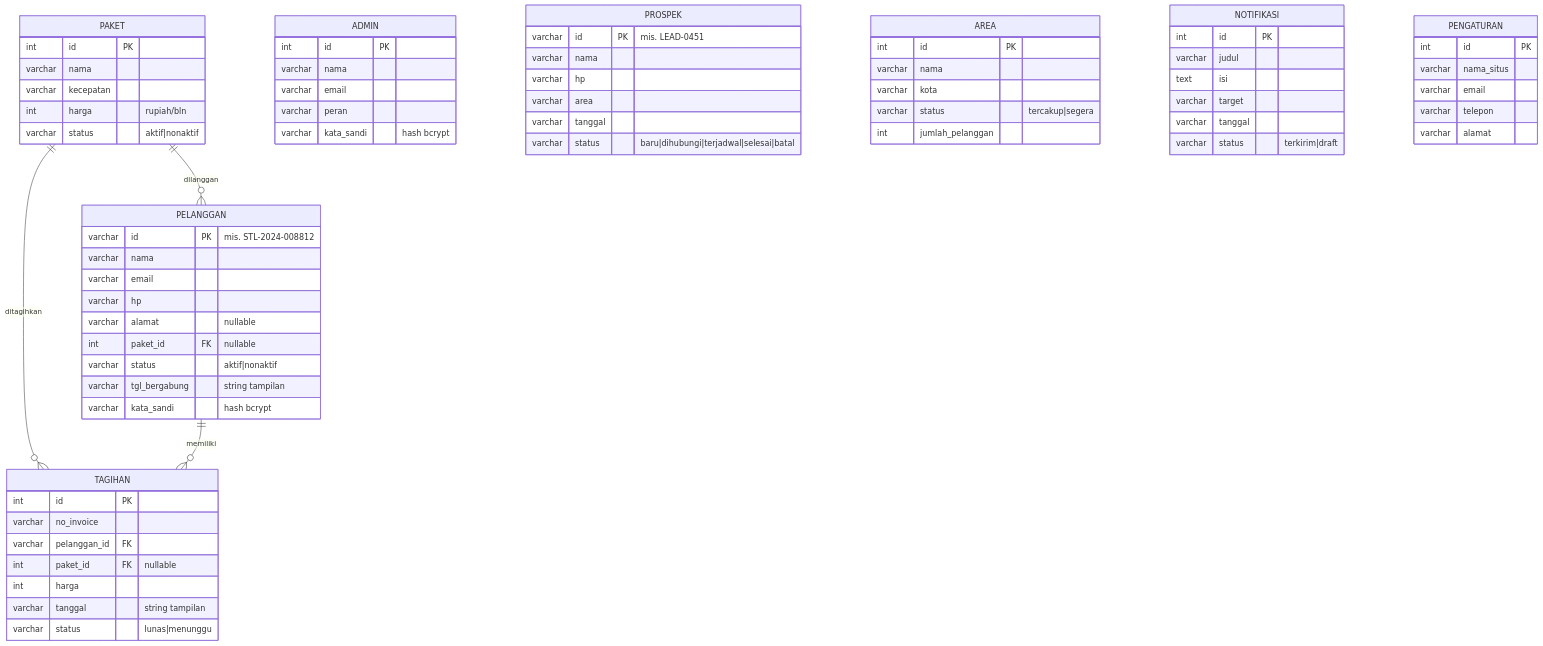
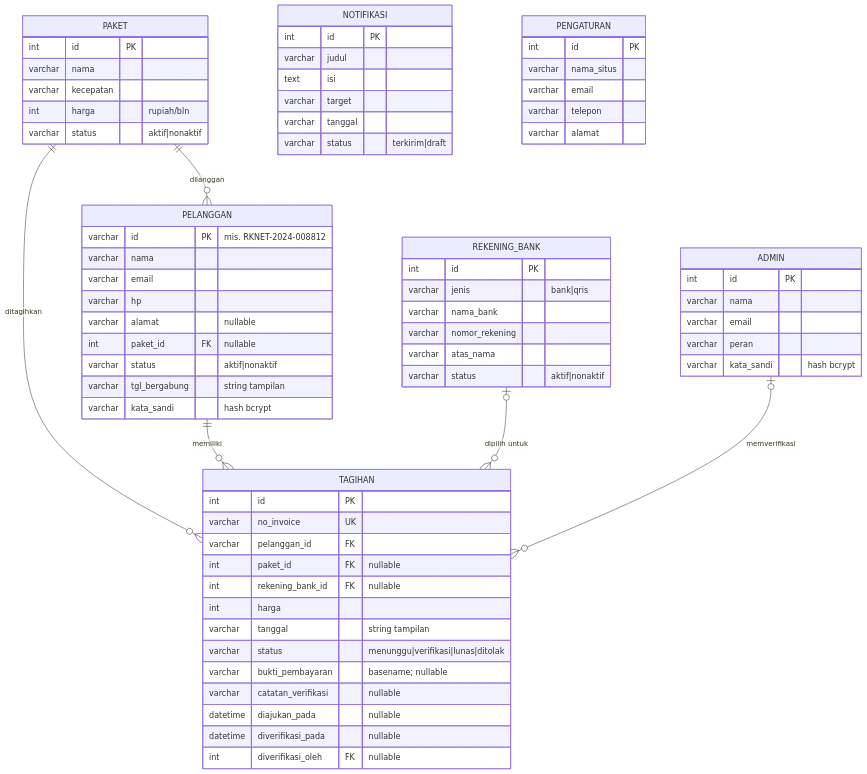
Before and after one commit to mramdann/rknet: the second of 7 diagrams in docs/DOKUMENTASI.md, drawn with Mermaid. The commit also changed other lines of this file and 60 other files, not shown here.

Commit message:
feat: finalize RKnet portal and payment flow

````diff
--- a/docs/DOKUMENTASI.md
+++ b/docs/DOKUMENTASI.md
@@ -108,71 +113,72 @@
 ```mermaid
 erDiagram
     PAKET ||--o{ PELANGGAN : "dilanggan"
     PAKET ||--o{ TAGIHAN   : "ditagihkan"
     PELANGGAN ||--o{ TAGIHAN : "memiliki"
+    REKENING_BANK o|--o{ TAGIHAN : "dipilih untuk"
+    ADMIN o|--o{ TAGIHAN : "memverifikasi"
 
     ADMIN {
         int id PK
         varchar nama
         varchar email
         varchar peran
         varchar kata_sandi "hash bcrypt"
+    }
+    REKENING_BANK {
+        int id PK
+        varchar jenis "bank|qris"
+        varchar nama_bank
+        varchar nomor_rekening
+        varchar atas_nama
+        varchar status "aktif|nonaktif"
     }
     PAKET {
         int id PK
         varchar nama
         varchar kecepatan
         int harga "rupiah/bln"
         varchar status "aktif|nonaktif"
     }
     PELANGGAN {
-        varchar id PK "mis. STL-2024-008812"
+        varchar id PK "mis. RKNET-2024-008812"
         varchar nama
         varchar email
         varchar hp
         varchar alamat "nullable"
         int paket_id FK "nullable"
         varchar status "aktif|nonaktif"
         varchar tgl_bergabung "string tampilan"
         varchar kata_sandi "hash bcrypt"
     }
     TAGIHAN {
         int id PK
-        varchar no_invoice
+        varchar no_invoice UK
         varchar pelanggan_id FK
         int paket_id FK "nullable"
+        int rekening_bank_id FK "nullable"
         int harga
         varchar tanggal "string tampilan"
-        varchar status "lunas|menunggu"
-    }
-    PROSPEK {
-        varchar id PK "mis. LEAD-0451"
-        varchar nama
-        varchar hp
-        varchar area
-        varchar tanggal
-        varchar status "baru|dihubungi|terjadwal|selesai|batal"
-    }
-    AREA {
-        int id PK
-        varchar nama
-        varchar kota
-        varchar status "tercakup|segera"
-        int jumlah_pelanggan
+        varchar status "menunggu|verifikasi|lunas|ditolak"
+        varchar bukti_pembayaran "basename; nullable"
+        varchar catatan_verifikasi "nullable"
+        datetime diajukan_pada "nullable"
+        datetime diverifikasi_pada "nullable"
+        int diverifikasi_oleh FK "nullable"
     }
     NOTIFIKASI {
         int id PK
         varchar judul
         text isi
         varchar target
         varchar tanggal
         varchar status "terkirim|draft"
     }
     PENGATURAN {
         int id PK
         varchar nama_situs
         varchar email
         varchar telepon
         varchar alamat
     }
 ```
````
